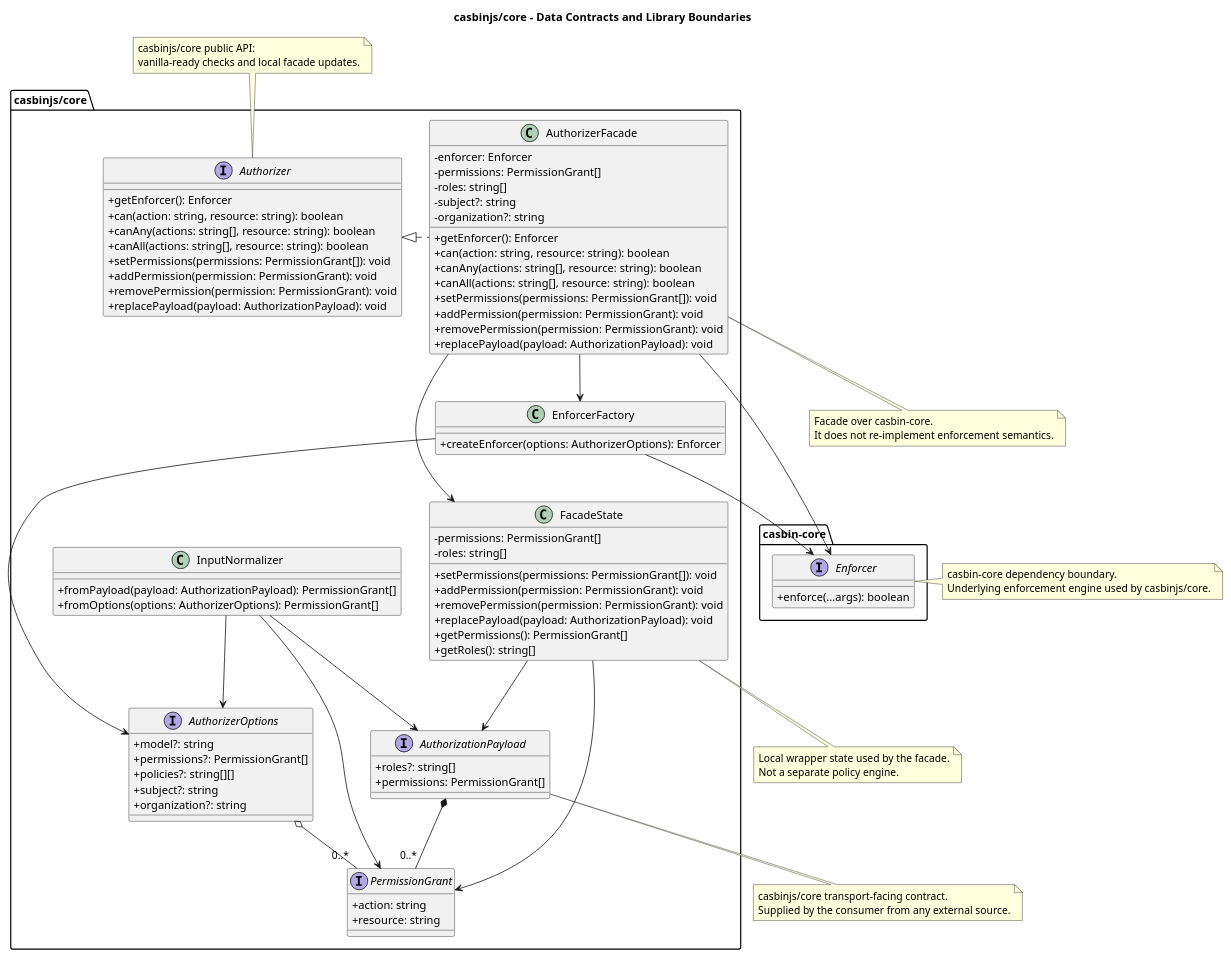
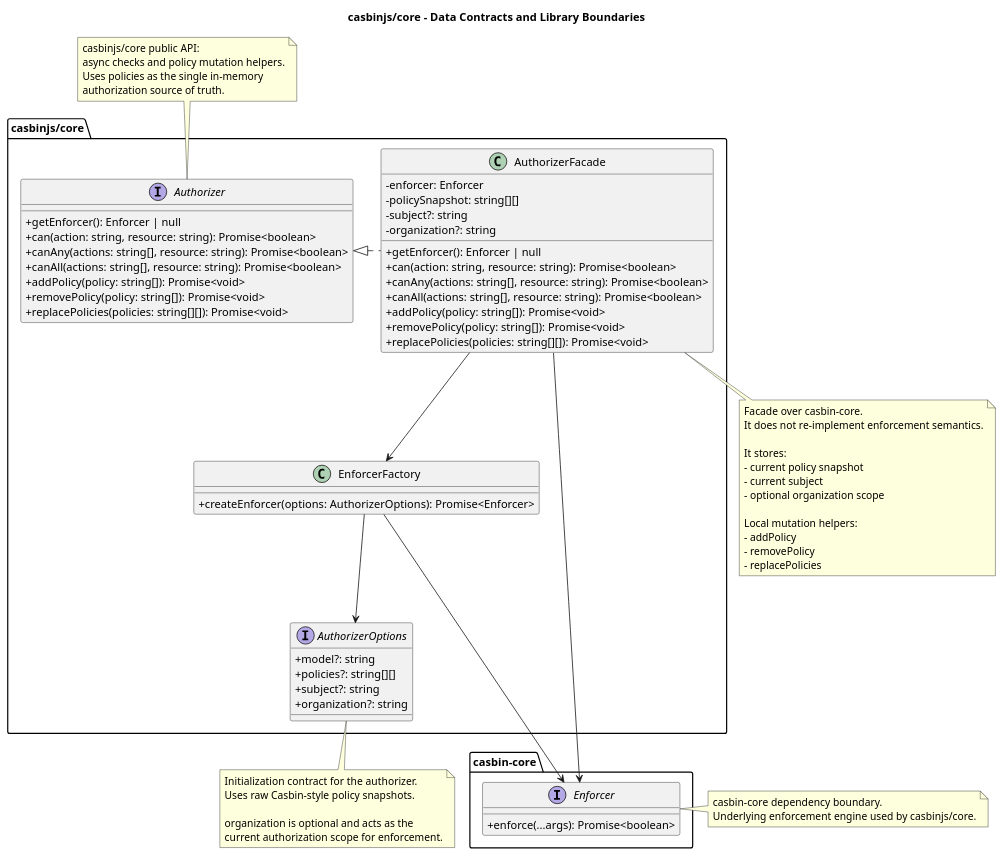
Before and after one commit to proveo-ca/casbinjs: the diagram in _spec/core/data-contracts.puml, drawn with PlantUML. The commit also changed 22 other files, not shown here.

First paragraph of the commit message:
chore: remove unused InputNormalizer references

```diff
--- a/_spec/core/data-contracts.puml
+++ b/_spec/core/data-contracts.puml
@@ -1,120 +1,91 @@
 @startuml
 title casbinjs/core - Data Contracts and Library Boundaries
 
 skinparam shadowing false
 skinparam classAttributeIconSize 0
 
 package "casbinjs/core" {
-  interface PermissionGrant {
-    +action: string
-    +resource: string
-  }
-
-  interface AuthorizationPayload {
-    +roles?: string[]
-    +permissions: PermissionGrant[]
-  }
-
   interface AuthorizerOptions {
     +model?: string
-    +permissions?: PermissionGrant[]
     +policies?: string[][]
     +subject?: string
     +organization?: string
   }
 
   interface Authorizer {
-    +getEnforcer(): Enforcer
-    +can(action: string, resource: string): boolean
-    +canAny(actions: string[], resource: string): boolean
-    +canAll(actions: string[], resource: string): boolean
-    +setPermissions(permissions: PermissionGrant[]): void
-    +addPermission(permission: PermissionGrant): void
-    +removePermission(permission: PermissionGrant): void
-    +replacePayload(payload: AuthorizationPayload): void
+    +getEnforcer(): Enforcer | null
+    +can(action: string, resource: string): Promise<boolean>
+    +canAny(actions: string[], resource: string): Promise<boolean>
+    +canAll(actions: string[], resource: string): Promise<boolean>
+    +addPolicy(policy: string[]): Promise<void>
+    +removePolicy(policy: string[]): Promise<void>
+    +replacePolicies(policies: string[][]): Promise<void>
   }
 
   class AuthorizerFacade {
     -enforcer: Enforcer
-    -permissions: PermissionGrant[]
-    -roles: string[]
+    -policySnapshot: string[][]
     -subject?: string
     -organization?: string
-    +getEnforcer(): Enforcer
-    +can(action: string, resource: string): boolean
-    +canAny(actions: string[], resource: string): boolean
-    +canAll(actions: string[], resource: string): boolean
-    +setPermissions(permissions: PermissionGrant[]): void
-    +addPermission(permission: PermissionGrant): void
-    +removePermission(permission: PermissionGrant): void
-    +replacePayload(payload: AuthorizationPayload): void
-  }
-
-  class InputNormalizer {
-    +fromPayload(payload: AuthorizationPayload): PermissionGrant[]
-    +fromOptions(options: AuthorizerOptions): PermissionGrant[]
+    +getEnforcer(): Enforcer | null
+    +can(action: string, resource: string): Promise<boolean>
+    +canAny(actions: string[], resource: string): Promise<boolean>
+    +canAll(actions: string[], resource: string): Promise<boolean>
+    +addPolicy(policy: string[]): Promise<void>
+    +removePolicy(policy: string[]): Promise<void>
+    +replacePolicies(policies: string[][]): Promise<void>
   }
 
   class EnforcerFactory {
-    +createEnforcer(options: AuthorizerOptions): Enforcer
-  }
-
-  class FacadeState {
-    -permissions: PermissionGrant[]
-    -roles: string[]
-    +setPermissions(permissions: PermissionGrant[]): void
-    +addPermission(permission: PermissionGrant): void
-    +removePermission(permission: PermissionGrant): void
-    +replacePayload(payload: AuthorizationPayload): void
-    +getPermissions(): PermissionGrant[]
-    +getRoles(): string[]
+    +createEnforcer(options: AuthorizerOptions): Promise<Enforcer>
   }
 }
 
 package "casbin-core" {
   interface Enforcer {
-    +enforce(...args): boolean
+    +enforce(...args): Promise<boolean>
   }
 }
 
 Authorizer <|. AuthorizerFacade
 
-AuthorizationPayload *-- "0..*" PermissionGrant
-AuthorizerOptions o-- "0..*" PermissionGrant
-
-AuthorizerFacade ---> FacadeState
 AuthorizerFacade --> EnforcerFactory
-AuthorizerFacade ---> Enforcer
-InputNormalizer --> AuthorizationPayload
-InputNormalizer --> AuthorizerOptions
-InputNormalizer --> PermissionGrant
+AuthorizerFacade ----> Enforcer
 EnforcerFactory --> AuthorizerOptions
 EnforcerFactory --> Enforcer
-FacadeState --> AuthorizationPayload
-FacadeState --> PermissionGrant
 
-note bottom of AuthorizationPayload
-casbinjs/core transport-facing contract.
-Supplied by the consumer from any external source.
+note bottom of AuthorizerOptions
+Initialization contract for the authorizer.
+Uses raw Casbin-style policy snapshots.
+
+organization is optional and acts as the
+current authorization scope for enforcement.
 end note
 
 note top of Authorizer
 casbinjs/core public API:
-vanilla-ready checks and local facade updates.
+async checks and policy mutation helpers.
+Uses policies as the single in-memory
+authorization source of truth.
 end note
 
 note bottom of AuthorizerFacade
 Facade over casbin-core.
 It does not re-implement enforcement semantics.
+
+It stores:
+- current policy snapshot
+- current subject
+- optional organization scope
+
+Local mutation helpers:
+- addPolicy
+- removePolicy
+- replacePolicies
 end note
 
 note right of Enforcer
 casbin-core dependency boundary.
 Underlying enforcement engine used by casbinjs/core.
 end note
-
-note bottom of FacadeState
-Local wrapper state used by the facade.
-Not a separate policy engine.
-end note
 @enduml
```
